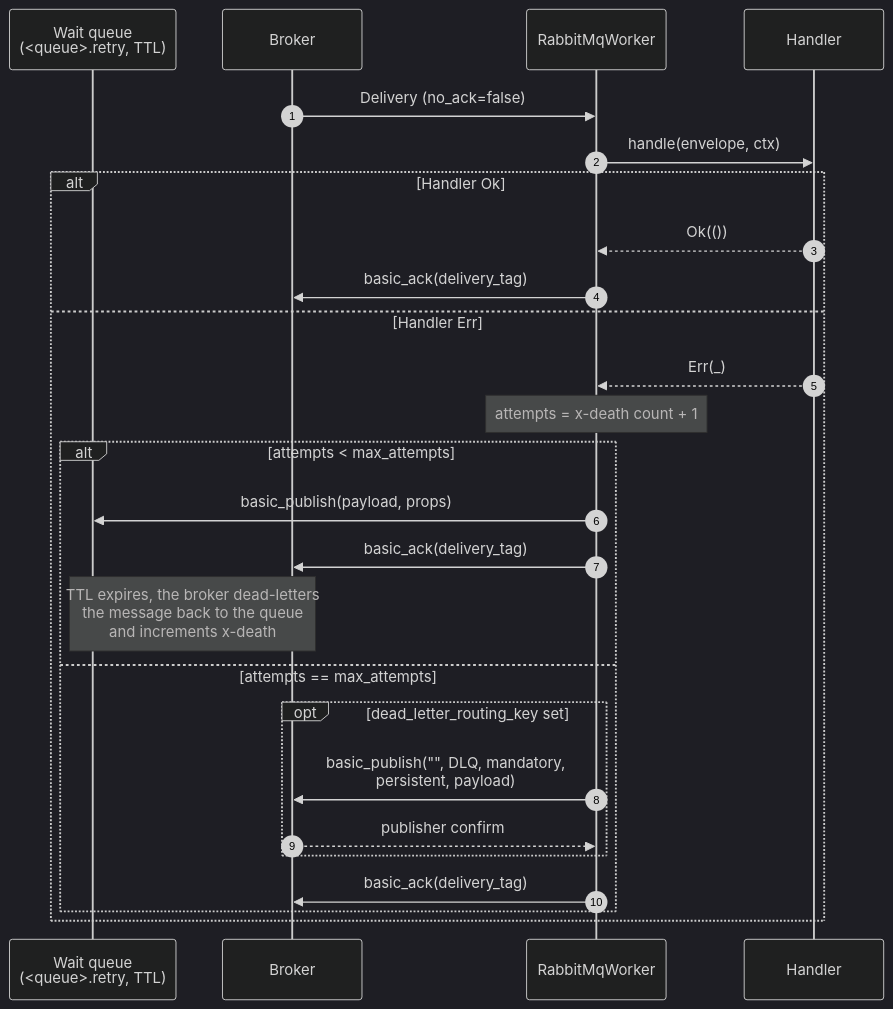
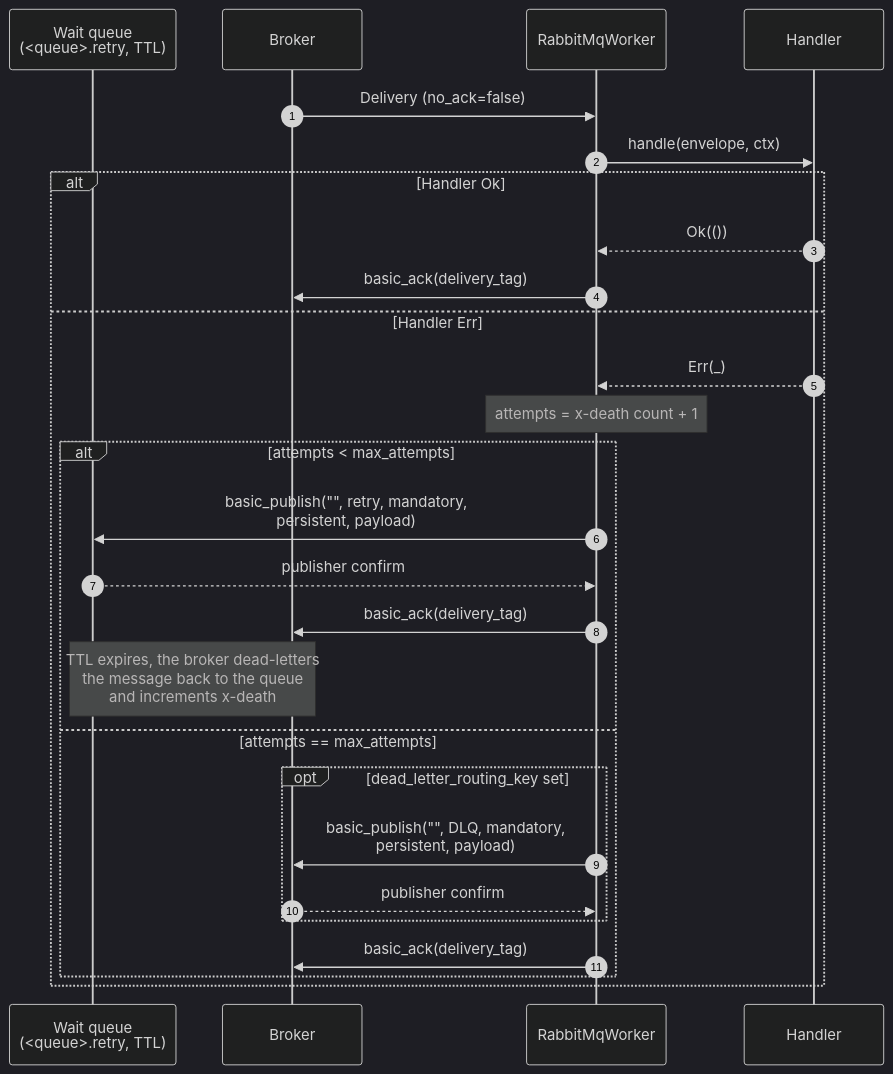
Before and after one commit to nubster-opensources/hexeract: the first of 3 diagrams in docs/concepts/ack-modes.md, drawn with Mermaid (dark theme). The commit also changed other lines of this file and 6 other files, not shown here.

````diff
--- a/docs/concepts/ack-modes.md
+++ b/docs/concepts/ack-modes.md
@@ -15,30 +15,31 @@
 ```mermaid
 sequenceDiagram
     autonumber
     participant WaitQ as Wait queue<br/>(<queue>.retry, TTL)
     participant Broker
     participant Worker as RabbitMqWorker
     participant Handler
 
     Broker->>Worker: Delivery (no_ack=false)
     Worker->>Handler: handle(envelope, ctx)
 
     alt Handler Ok
         Handler-->>Worker: Ok(())
         Worker->>Broker: basic_ack(delivery_tag)
     else Handler Err
         Handler-->>Worker: Err(_)
         Note over Worker: attempts = x-death count + 1
         alt attempts < max_attempts
-            Worker->>WaitQ: basic_publish(payload, props)
+            Worker->>WaitQ: basic_publish("", retry, mandatory,<br/>persistent, payload)
+            WaitQ-->>Worker: publisher confirm
             Worker->>Broker: basic_ack(delivery_tag)
             Note over WaitQ,Broker: TTL expires, the broker dead-letters<br/>the message back to the queue<br/>and increments x-death
         else attempts == max_attempts
             opt dead_letter_routing_key set
                 Worker->>Broker: basic_publish("", DLQ, mandatory,<br/>persistent, payload)
                 Broker-->>Worker: publisher confirm
             end
             Worker->>Broker: basic_ack(delivery_tag)
         end
     end
 ```
````
